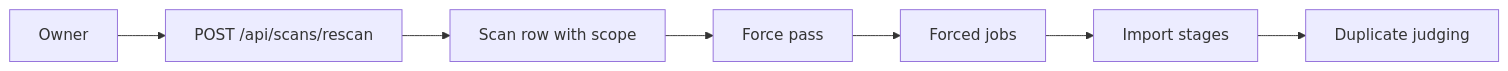
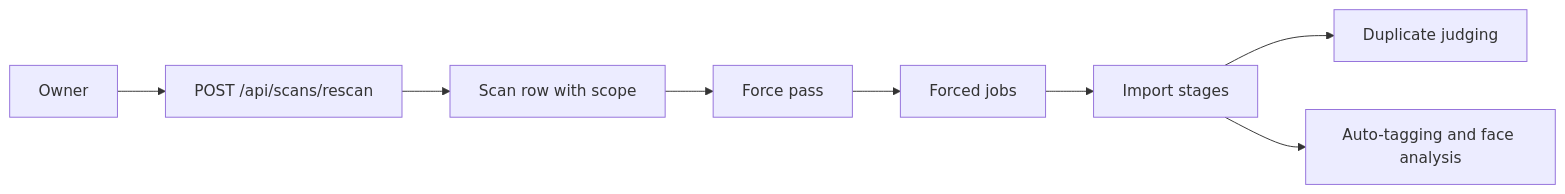
Before and after one commit to syudead/vv: the first of 2 diagrams in docs/design-docs/force-rescan.md, drawn with Mermaid. The commit also changed other lines of this file and 11 other files, not shown here.

First line of the commit message:
feat(063-force-rescan): run auto-tagging and face analysis again after a forced seek stage

````diff
--- a/docs/design-docs/force-rescan.md
+++ b/docs/design-docs/force-rescan.md
@@ -11,9 +12,10 @@
 ```mermaid
 flowchart LR
   owner[Owner] --> api[POST /api/scans/rescan]
   api --> row[Scan row with scope]
   row --> pass[Force pass]
   pass --> jobs[Forced jobs]
   jobs --> stages[Import stages]
   stages --> judge[Duplicate judging]
+  stages --> follow[Auto-tagging and face analysis]
 ```
````
